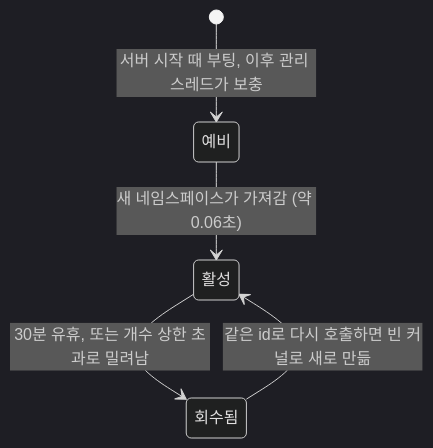
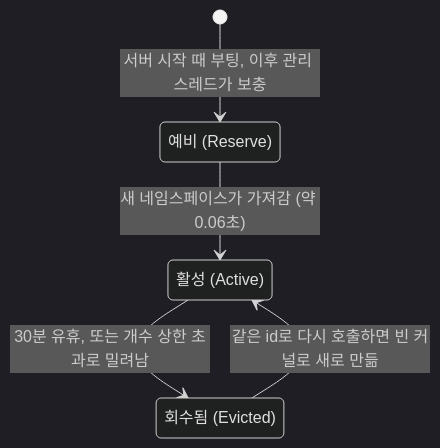
One commit to HaJaehee/AirGappedPySandbox changed the tenth of 11 diagrams in lectures/03-architecture/02-dynamic-view.md. Above: the diagram before and after it, drawn with Mermaid (dark theme). The commit also changed other lines of this file and 31 other files, not shown here.

````diff
--- a/lectures/03-architecture/02-dynamic-view.md
+++ b/lectures/03-architecture/02-dynamic-view.md
@@ -333,11 +342,11 @@
 ```mermaid
 stateDiagram-v2
-    state "예비" as Reserve
-    state "활성" as Active
-    state "회수됨" as Evicted
+    state "예비 (Reserve)" as Reserve
+    state "활성 (Active)" as Active
+    state "회수됨 (Evicted)" as Evicted
 
     [*] --> Reserve: 서버 시작 때 부팅, 이후 관리 스레드가 보충
     Reserve --> Active: 새 네임스페이스가 가져감 (약 0.06초)
     Active --> Evicted: 30분 유휴, 또는 개수 상한 초과로 밀려남
     Evicted --> Active: 같은 id로 다시 호출하면 빈 커널로 새로 만듦
 ```
````
